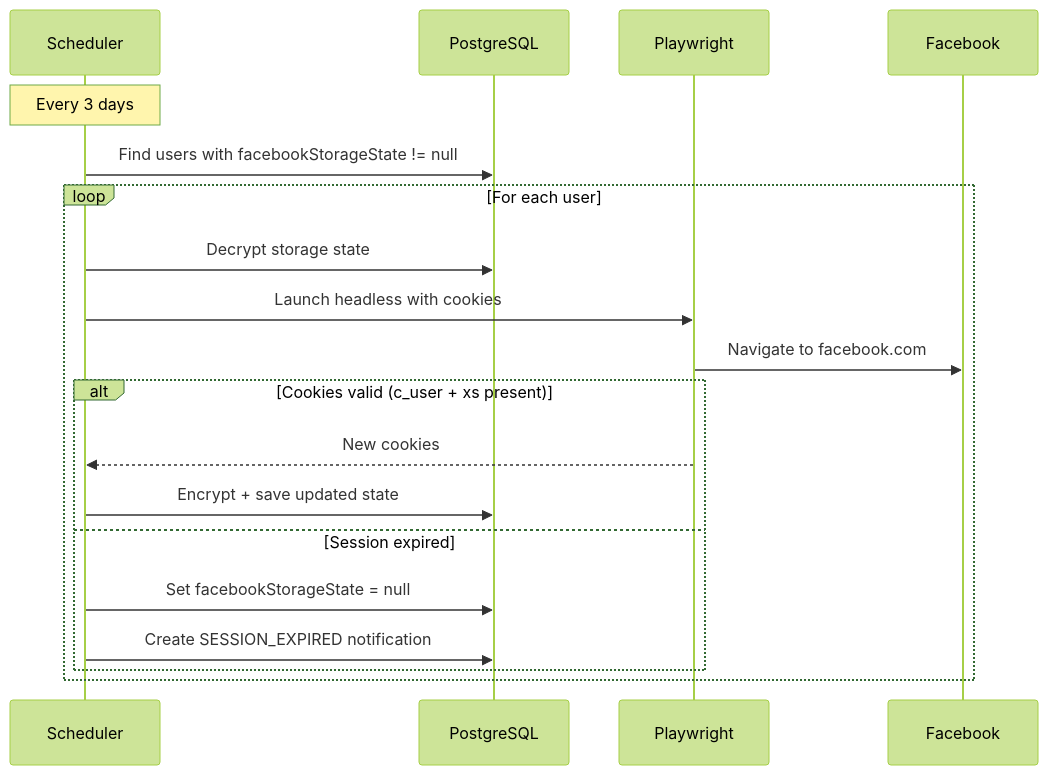
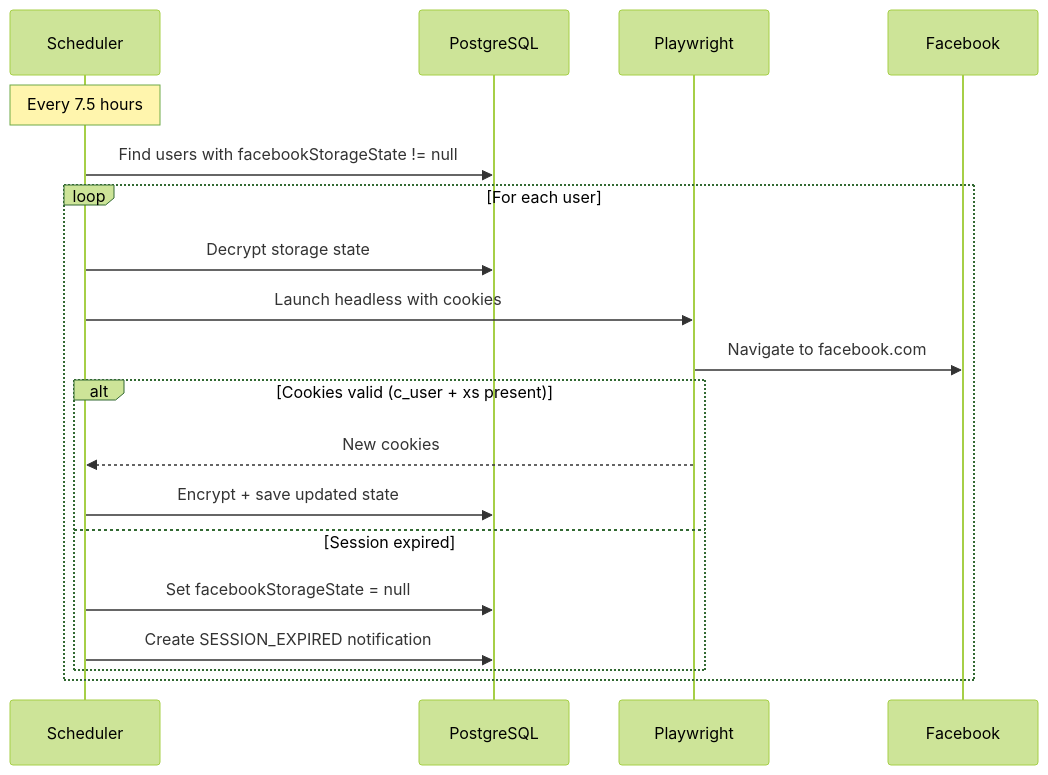
Before and after one commit to dvirhp/possbo: the ninth of 11 diagrams in .copilot/data-flow.md, drawn with Mermaid (forest theme). The commit also changed other lines of this file and 132 other files, not shown here.

````diff
--- a/.copilot/data-flow.md
+++ b/.copilot/data-flow.md
@@ -112,22 +234,22 @@
 ```mermaid
 sequenceDiagram
     participant SCH as Scheduler
     participant DB as PostgreSQL
     participant PW as Playwright
     participant FB as Facebook
 
-    Note over SCH: Every 3 days
+    Note over SCH: Every 7.5 hours
     SCH->>DB: Find users with facebookStorageState != null
     loop For each user
         SCH->>DB: Decrypt storage state
         SCH->>PW: Launch headless with cookies
         PW->>FB: Navigate to facebook.com
         alt Cookies valid (c_user + xs present)
             PW-->>SCH: New cookies
             SCH->>DB: Encrypt + save updated state
         else Session expired
             SCH->>DB: Set facebookStorageState = null
             SCH->>DB: Create SESSION_EXPIRED notification
         end
     end
 ```
````
